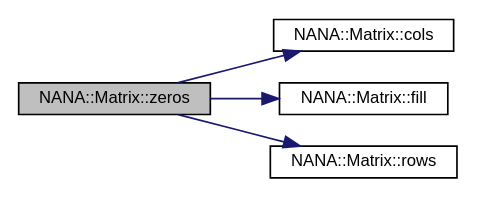
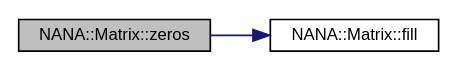
The diagram in docs/class_n_a_n_a_1_1_matrix_aca43ab15a7bcbb1b79bba0e384064194_cgraph.dot (YuruTu/NANA), drawn with Graphviz before and after one commit. The commit also changed 83 other files, not shown here.

```diff
--- a/docs/class_n_a_n_a_1_1_matrix_aca43ab15a7bcbb1b79bba0e384064194_cgraph.dot
+++ b/docs/class_n_a_n_a_1_1_matrix_aca43ab15a7bcbb1b79bba0e384064194_cgraph.dot
@@ -1,14 +1,10 @@
 digraph "NANA::Matrix::zeros"
 {
  // LATEX_PDF_SIZE
   edge [fontname="Helvetica",fontsize="10",labelfontname="Helvetica",labelfontsize="10"];
   node [fontname="Helvetica",fontsize="10",shape=record];
   rankdir="LR";
   Node1 [label="NANA::Matrix::zeros",height=0.2,width=0.4,color="black", fillcolor="grey75", style="filled", fontcolor="black",tooltip="生成全0矩阵"];
   Node1 -> Node2 [color="midnightblue",fontsize="10",style="solid",fontname="Helvetica"];
-  Node2 [label="NANA::Matrix::cols",height=0.2,width=0.4,color="black", fillcolor="white", style="filled",URL="$class_n_a_n_a_1_1_matrix.html#a5e7705b4d776c325b12b0599c021f607",tooltip="获取矩阵的列数"];
-  Node1 -> Node3 [color="midnightblue",fontsize="10",style="solid",fontname="Helvetica"];
-  Node3 [label="NANA::Matrix::fill",height=0.2,width=0.4,color="black", fillcolor="white", style="filled",URL="$class_n_a_n_a_1_1_matrix.html#aeac2a4af02d821da6f1890f4073eac51",tooltip="用value填充Matrix的全部内容"];
-  Node1 -> Node4 [color="midnightblue",fontsize="10",style="solid",fontname="Helvetica"];
-  Node4 [label="NANA::Matrix::rows",height=0.2,width=0.4,color="black", fillcolor="white", style="filled",URL="$class_n_a_n_a_1_1_matrix.html#a59af2b31be0c8625466dea7fa5a36afa",tooltip="获取矩阵的行数"];
+  Node2 [label="NANA::Matrix::fill",height=0.2,width=0.4,color="black", fillcolor="white", style="filled",URL="$class_n_a_n_a_1_1_matrix.html#aeac2a4af02d821da6f1890f4073eac51",tooltip="用value填充Matrix的全部内容"];
 }
```
